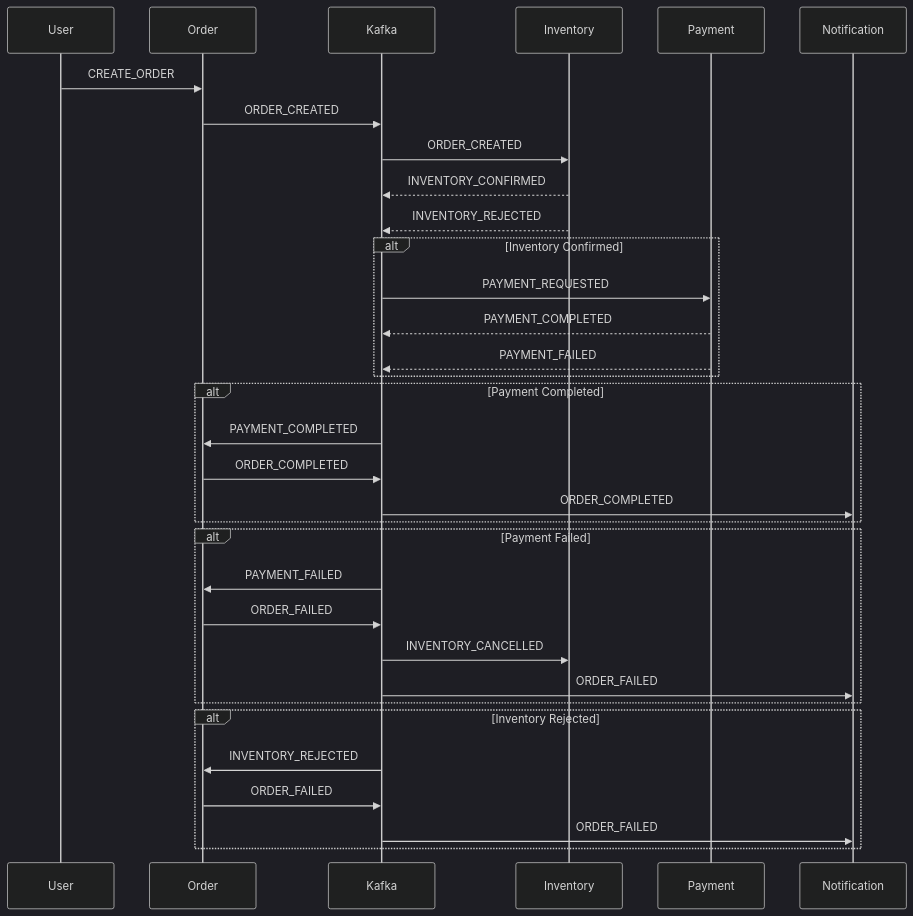
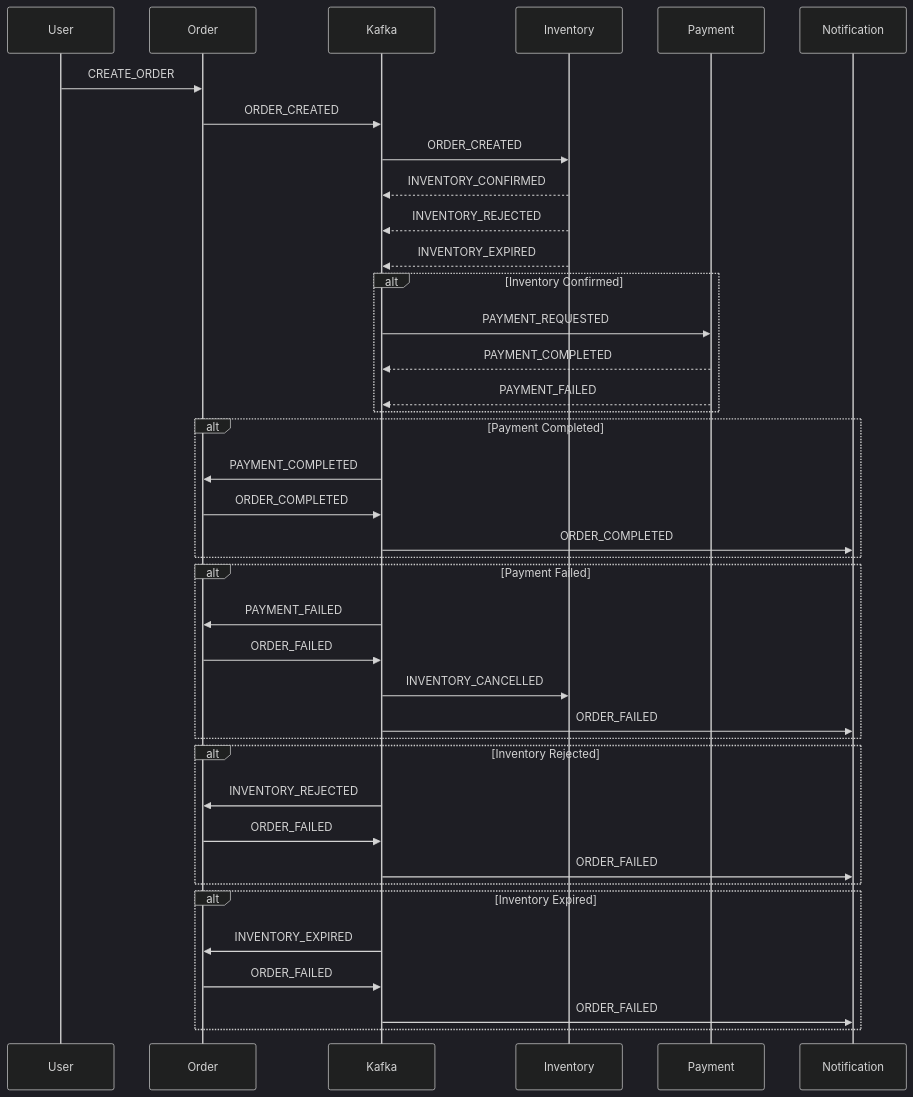
One commit to Andrij72/MicroserviceGrid-DDD changed the second of 3 diagrams in README.md. Above: the diagram before and after it, drawn with Mermaid (dark theme). The commit also changed other lines of this file and 1 other file, not shown here.

Commit message:
chore: update docker-compose ports,add new inventory event in README

````diff
--- a/README.md
+++ b/README.md
@@ -122,40 +111,47 @@
 ```mermaid
 sequenceDiagram
 participant User
 participant Order
 participant Kafka
 participant Inventory
 participant Payment
 participant Notification
 
 User->>Order: CREATE_ORDER
 Order->>Kafka: ORDER_CREATED
 Kafka->>Inventory: ORDER_CREATED
 Inventory-->>Kafka: INVENTORY_CONFIRMED
 Inventory-->>Kafka: INVENTORY_REJECTED
+Inventory-->>Kafka: INVENTORY_EXPIRED  
 
 alt Inventory Confirmed
     Kafka->>Payment: PAYMENT_REQUESTED
     Payment-->>Kafka: PAYMENT_COMPLETED
     Payment-->>Kafka: PAYMENT_FAILED
 end
 
 alt Payment Completed
     Kafka->>Order: PAYMENT_COMPLETED
     Order->>Kafka: ORDER_COMPLETED
     Kafka->>Notification: ORDER_COMPLETED
 end
 
 alt Payment Failed
     Kafka->>Order: PAYMENT_FAILED
     Order->>Kafka: ORDER_FAILED
     Kafka->>Inventory: INVENTORY_CANCELLED
     Kafka->>Notification: ORDER_FAILED
 end
 
 alt Inventory Rejected
     Kafka->>Order: INVENTORY_REJECTED
     Order->>Kafka: ORDER_FAILED
     Kafka->>Notification: ORDER_FAILED
 end
+
+alt Inventory Expired
+    Kafka->>Order: INVENTORY_EXPIRED
+    Order->>Kafka: ORDER_FAILED
+    Kafka->>Notification: ORDER_FAILED
+end
 ```
````
